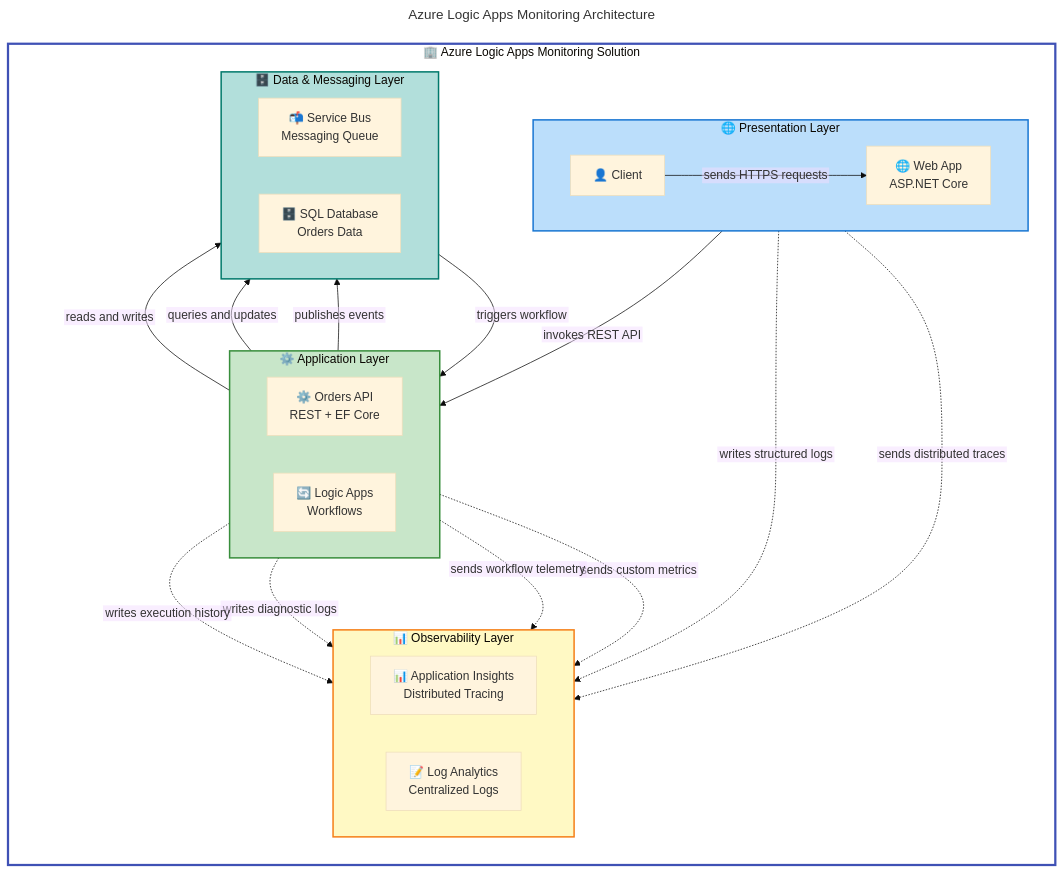
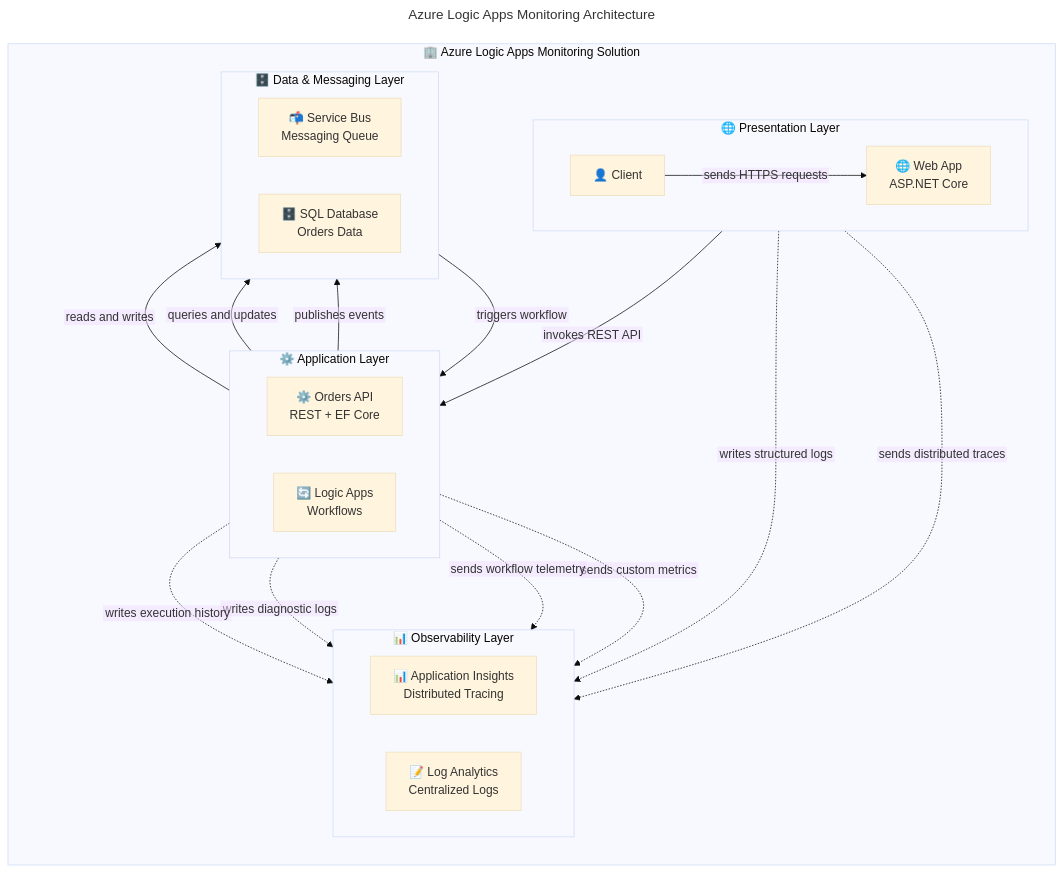
Before and after one commit to Evilazaro/Azure-LogicApps-Monitoring: the diagram in README.md, drawn with Mermaid.

Commit message:
docs: remove outdated color scheme and styling comments from README.md for improved clarity

````diff
--- a/README.md
+++ b/README.md
@@ -104,81 +104,61 @@
 ```mermaid
 ---
 title: Azure Logic Apps Monitoring Architecture
 config:
   theme: base
   flowchart:
     htmlLabels: false
 ---
 flowchart TB
     accTitle: Azure Logic Apps Monitoring Solution Architecture
     accDescr: Shows the three-tier architecture with presentation layer (Web App), application layer (Orders API and Logic Apps), data layer (SQL Database and Service Bus), and cross-cutting observability services (Application Insights and Log Analytics) for comprehensive monitoring.
-
-    %% ═══════════════════════════════════════════════════════════════════════════
-    %% STANDARD COLOR SCHEME v2.1 - Material Design Compliant
-    %% ═══════════════════════════════════════════════════════════════════════════
-    %% SUBGRAPH HIERARCHY (Indigo progression):
-    %%   Level 1: #FFFFFF | Level 2: #C5CAE9 | Level 3: #9FA8DA
-    %% SEMANTIC COLORS (functional purpose):
-    %%   Blue=#BBDEFB (API/Network) | Green=#C8E6C9 (Workload/Core)
-    %%   Orange=#FFE0B2 (Process/Security) | Teal=#B2DFDB (Data/Storage)
-    %%   Yellow=#FFF9C4 (Monitoring/Observability)
-    %% ═══════════════════════════════════════════════════════════════════════════
-
-
 
     subgraph system["🏢 Azure Logic Apps Monitoring Solution"]
         direction TB
 
         subgraph presentation["🌐 Presentation Layer"]
             direction LR
             client["👤 Client"]:::mdBlue
             webapp["🌐 Web App<br/>ASP.NET Core"]
         end
 
         subgraph application["⚙️ Application Layer"]
             direction LR
             api["⚙️ Orders API<br/>REST + EF Core"]
             logicapp["🔄 Logic Apps<br/>Workflows"]
         end
 
         subgraph data["🗄️ Data & Messaging Layer"]
             direction LR
             servicebus["📬 Service Bus<br/>Messaging Queue"]
             sqldb["🗄️ SQL Database<br/>Orders Data"]
         end
 
         subgraph observability["📊 Observability Layer"]
             direction LR
             appinsights["📊 Application Insights<br/>Distributed Tracing"]
             loganalytics["📝 Log Analytics<br/>Centralized Logs"]
         end
 
         %% Data Flow (solid arrows)
         client -->|"sends HTTPS requests"| webapp
         webapp -->|"invokes REST API"| api
         api -->|"publishes events"| servicebus
         servicebus -->|"triggers workflow"| logicapp
         logicapp -->|"queries and updates"| sqldb
         api -->|"reads and writes"| sqldb
 
         %% Observability Flow (dotted arrows)
         webapp -.->|"sends distributed traces"| appinsights
         api -.->|"sends custom metrics"| appinsights
         logicapp -.->|"sends workflow telemetry"| appinsights
 
         webapp -.->|"writes structured logs"| loganalytics
         api -.->|"writes diagnostic logs"| loganalytics
         logicapp -.->|"writes execution history"| loganalytics
     end
 
-    %% ============================================
-    %% SUBGRAPH STYLING (5 subgraphs = 5 style directives)
-    %% ============================================
-    style system fill:#FFFFFF,stroke:#3F51B5,stroke-width:3px
-    style presentation fill:#BBDEFB,stroke:#1976D2,stroke-width:2px
-    style application fill:#C8E6C9,stroke:#388E3C,stroke-width:2px
-    style data fill:#B2DFDB,stroke:#00796B,stroke-width:2px
-    style observability fill:#FFF9C4,stroke:#F57F17,stroke-width:2px
+
 
     %% Accessibility: WCAG AA verified (4.5:1 contrast ratio)
 ```
````
